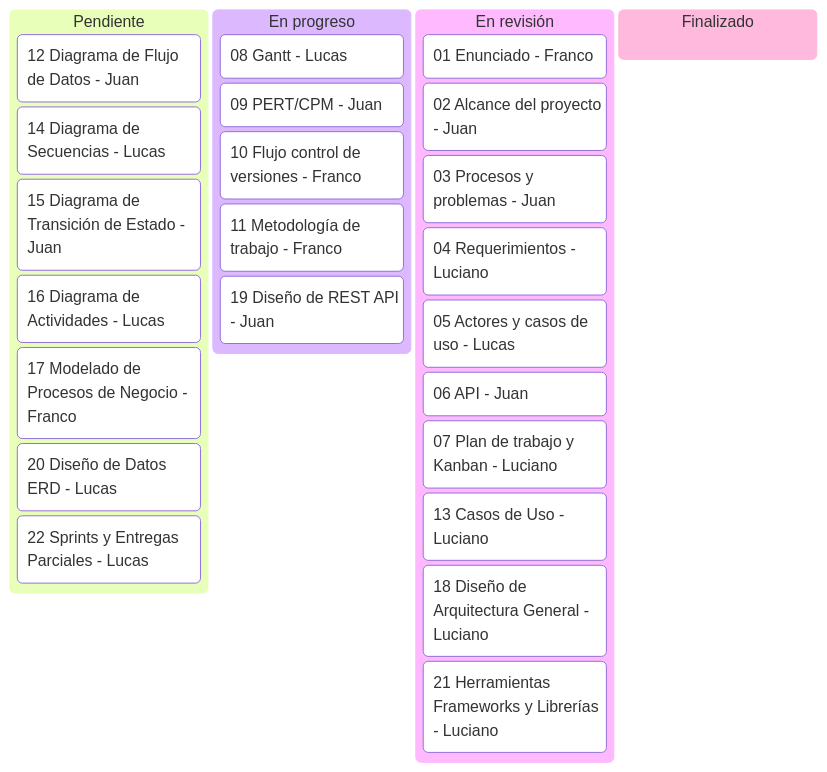
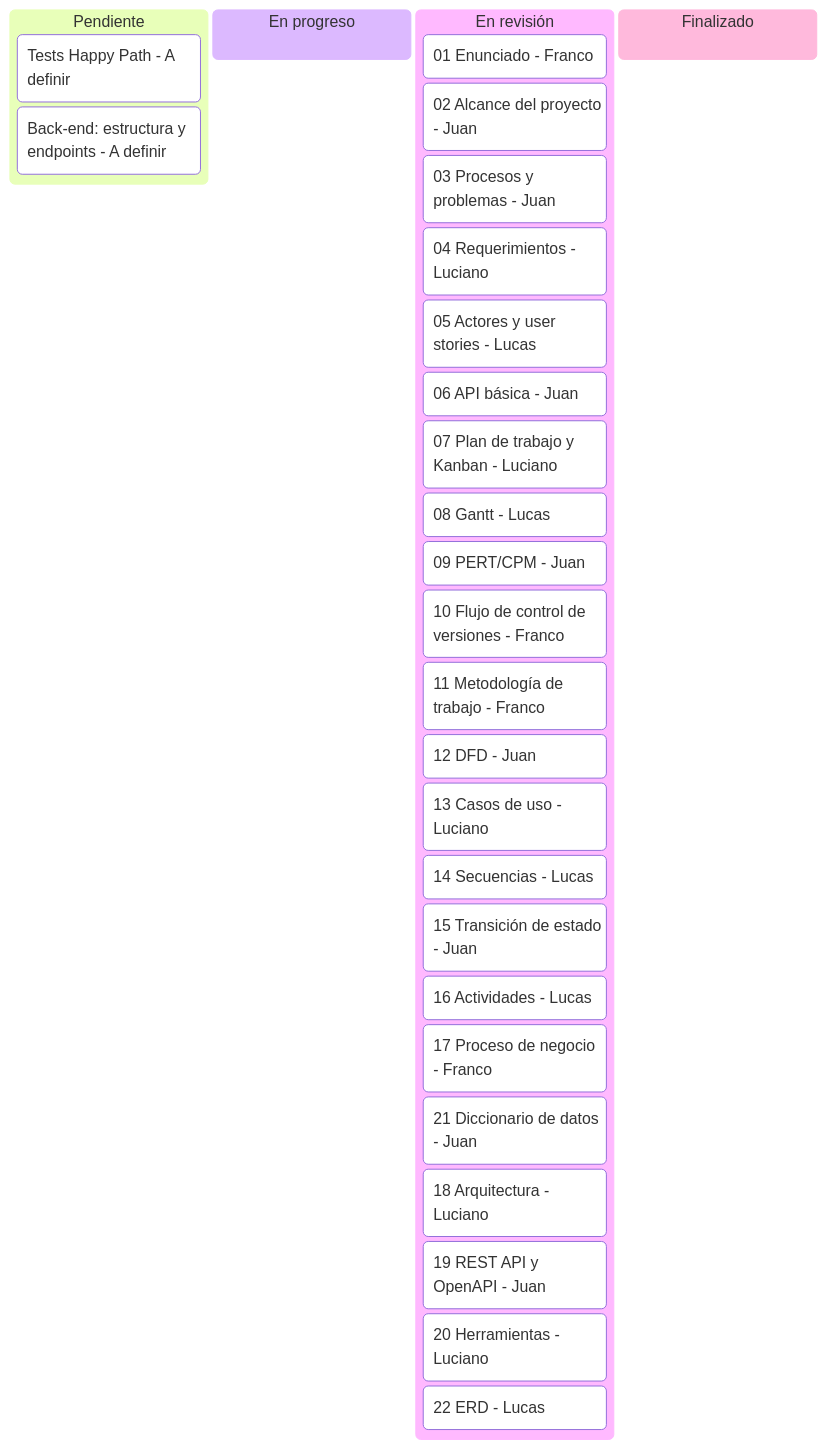
Before and after one commit to lucho-peralta/gestionTickets: the diagram in documentacion/07_plan_de_trabajo_y_Kanban.md, drawn with Mermaid. The commit also changed other lines of this file and 32 other files, not shown here.

````diff
--- a/documentacion/07_plan_de_trabajo_y_Kanban.md
+++ b/documentacion/07_plan_de_trabajo_y_Kanban.md
@@ -74,29 +77,31 @@
 ```mermaid
 kanban
   Pendiente[Pendiente]
-    s3a[12 Diagrama de Flujo de Datos - Juan]
-    s3c[14 Diagrama de Secuencias - Lucas]
-    s3d[15 Diagrama de Transición de Estado - Juan]
-    s3e[16 Diagrama de Actividades - Lucas]
-    s3f[17 Modelado de Procesos de Negocio - Franco]
-    s4c[20 Diseño de Datos ERD - Lucas]
-    s4e[22 Sprints y Entregas Parciales - Lucas]
+    s5a[Tests Happy Path - A definir]
+    s6a[Back-end: estructura y endpoints - A definir]
   En_progreso[En progreso]
-    s2b[08 Gantt - Lucas]
-    s2c[09 PERT/CPM - Juan]
-    s2d[10 Flujo control de versiones - Franco]
-    s2e[11 Metodología de trabajo - Franco]
-    s4b[19 Diseño de REST API - Juan]
   En_revision[En revisión]
     s1a[01 Enunciado - Franco]
     s1b[02 Alcance del proyecto - Juan]
     s1c[03 Procesos y problemas - Juan]
     s1d[04 Requerimientos - Luciano]
-    s1e[05 Actores y casos de uso - Lucas]
-    s1f[06 API - Juan]
+    s1e[05 Actores y user stories - Lucas]
+    s1f[06 API básica - Juan]
     s2a[07 Plan de trabajo y Kanban - Luciano]
-    s3b[13 Casos de Uso - Luciano]
-    s4a[18 Diseño de Arquitectura General - Luciano]
-    s4d[21 Herramientas Frameworks y Librerías - Luciano]
+    s2b[08 Gantt - Lucas]
+    s2c[09 PERT/CPM - Juan]
+    s2d[10 Flujo de control de versiones - Franco]
+    s2e[11 Metodología de trabajo - Franco]
+    s3a[12 DFD - Juan]
+    s3b[13 Casos de uso - Luciano]
+    s3c[14 Secuencias - Lucas]
+    s3d[15 Transición de estado - Juan]
+    s3e[16 Actividades - Lucas]
+    s3f[17 Proceso de negocio - Franco]
+    s3g[21 Diccionario de datos - Juan]
+    s4a[18 Arquitectura - Luciano]
+    s4b[19 REST API y OpenAPI - Juan]
+    s4c[20 Herramientas - Luciano]
+    s4d[22 ERD - Lucas]
   Finalizado[Finalizado]
 ```
````
